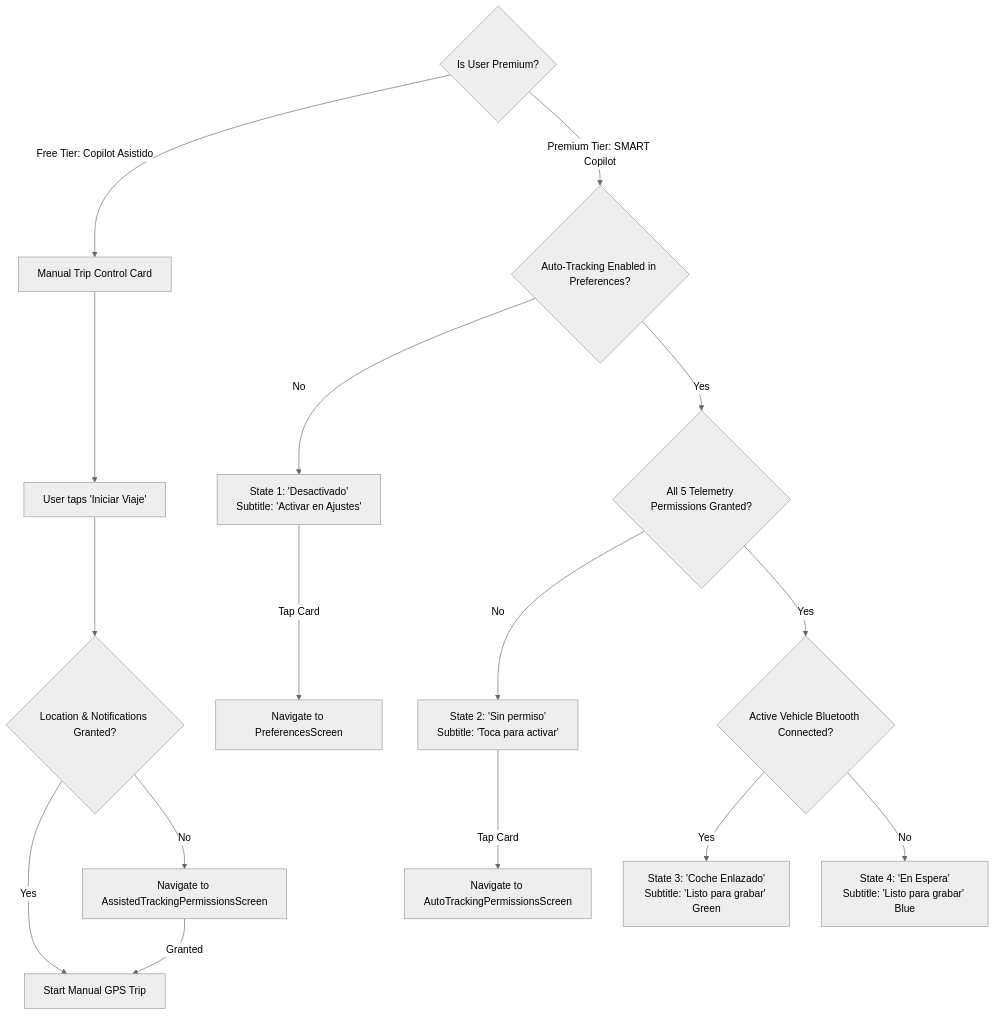
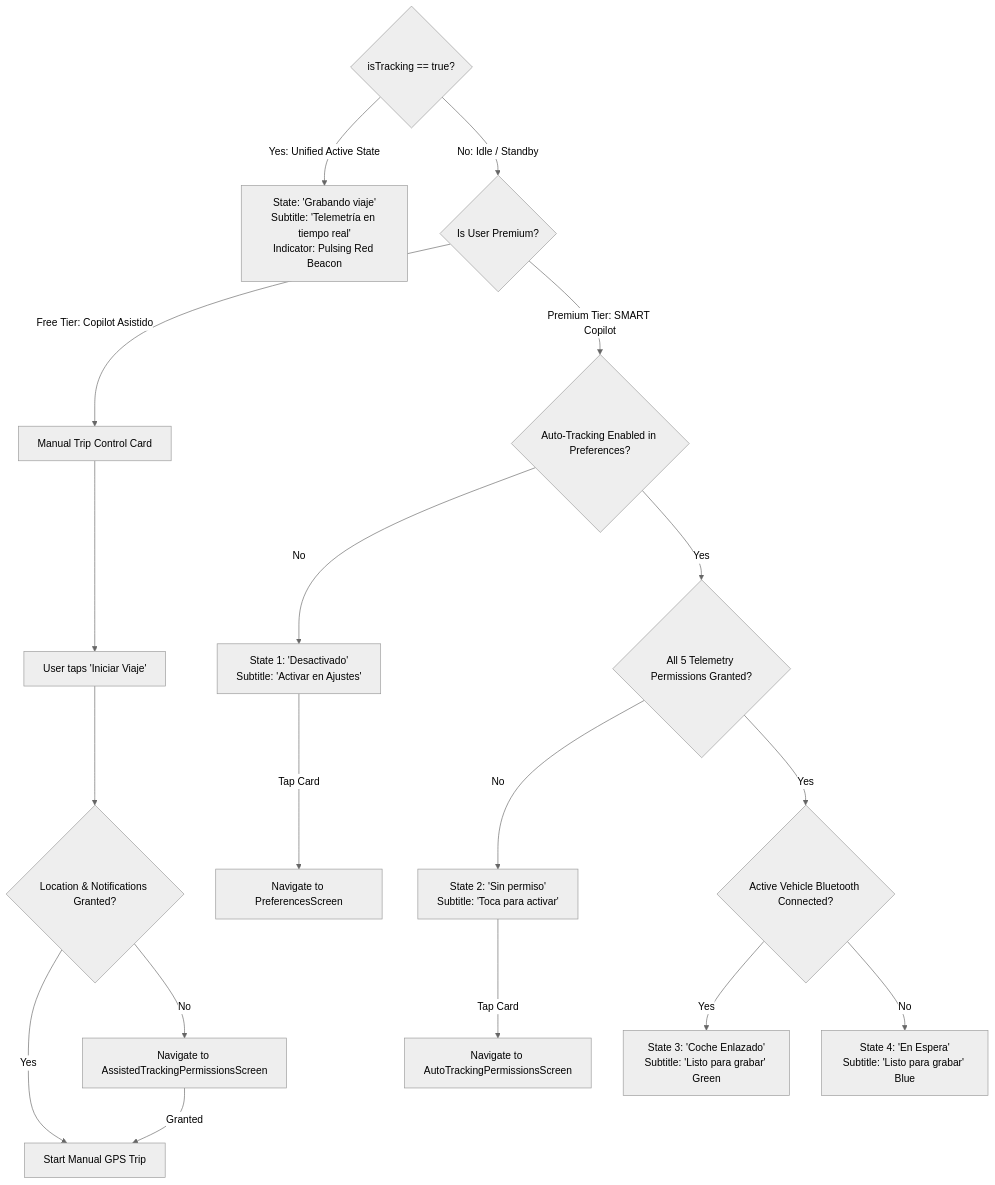
Before and after one commit to joshluq/kilomenos-android: the second of 2 diagrams in docs/autotracking_technical_spec.md, drawn with Mermaid (neutral theme). The commit also changed other lines of this file and 3 other files, not shown here.

````diff
--- a/docs/autotracking_technical_spec.md
+++ b/docs/autotracking_technical_spec.md
@@ -117,23 +119,26 @@
 ```mermaid
 graph TD
-    UserCheck{Is User Premium?}
+    TrackingCheck{isTracking == true?}
+    TrackingCheck -->|Yes: Unified Active State| StateRecording[State: 'Grabando viaje'<br/>Subtitle: 'Telemetría en tiempo real'<br/>Indicator: Pulsing Red Beacon]
+    
+    TrackingCheck -->|No: Idle / Standby| UserCheck{Is User Premium?}
     
     UserCheck -->|Free Tier: Copilot Asistido| FreeState[Manual Trip Control Card]
     FreeState --> FreeClick[User taps 'Iniciar Viaje']
     FreeClick --> PermCheck{Location & Notifications Granted?}
     PermCheck -->|Yes| StartTrip[Start Manual GPS Trip]
     PermCheck -->|No| NavAssisted[Navigate to AssistedTrackingPermissionsScreen]
     NavAssisted -->|Granted| StartTrip
 
     UserCheck -->|Premium Tier: SMART Copilot| PrefCheck{Auto-Tracking Enabled in Preferences?}
     PrefCheck -->|No| StateDisabled[State 1: 'Desactivado'<br/>Subtitle: 'Activar en Ajustes']
     StateDisabled -->|Tap Card| NavPrefs[Navigate to PreferencesScreen]
 
     PrefCheck -->|Yes| AllPermsCheck{All 5 Telemetry Permissions Granted?}
     AllPermsCheck -->|No| StateNoPerms[State 2: 'Sin permiso'<br/>Subtitle: 'Toca para activar']
     StateNoPerms -->|Tap Card| NavAutoPerms[Navigate to AutoTrackingPermissionsScreen]
 
     AllPermsCheck -->|Yes| BtCheck{Active Vehicle Bluetooth Connected?}
     BtCheck -->|Yes| StateConnected[State 3: 'Coche Enlazado'<br/>Subtitle: 'Listo para grabar' Green]
     BtCheck -->|No| StateStandby[State 4: 'En Espera'<br/>Subtitle: 'Listo para grabar' Blue]
 ```
````
